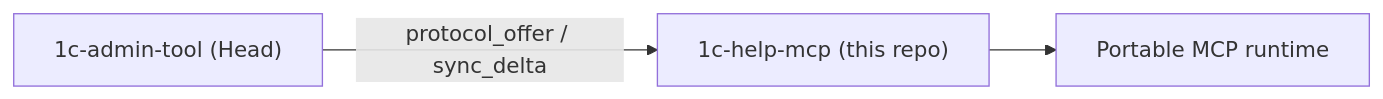
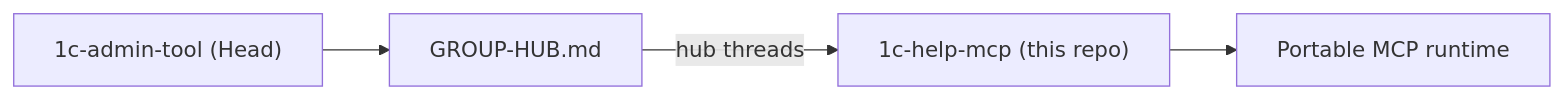
The second of 2 diagrams in docs/architecture.md (ai6i4yvu6147-coder/1c-help-mcp-server), drawn with Mermaid before and after one commit. The commit also changed other lines of this file and 46 other files, not shown here.

````diff
--- a/docs/architecture.md
+++ b/docs/architecture.md
@@ -47,8 +47,10 @@
 ```mermaid
 flowchart LR
   Head["1c-admin-tool (Head)"]
+  Hub["GROUP-HUB.md"]
   HelpMcp["1c-help-mcp (this repo)"]
   Portable["Portable MCP runtime"]
-  Head -->|"protocol_offer / sync_delta"| HelpMcp
+  Head --> Hub
+  Hub -->|"hub threads"| HelpMcp
   HelpMcp --> Portable
 ```
````
